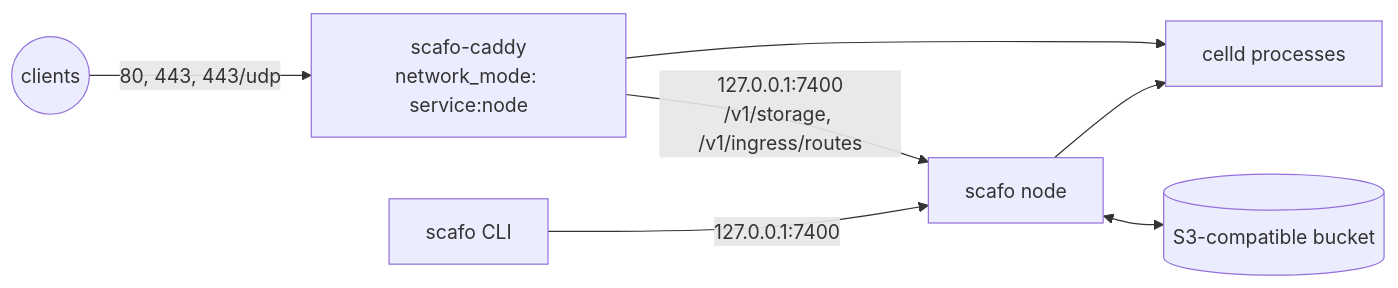
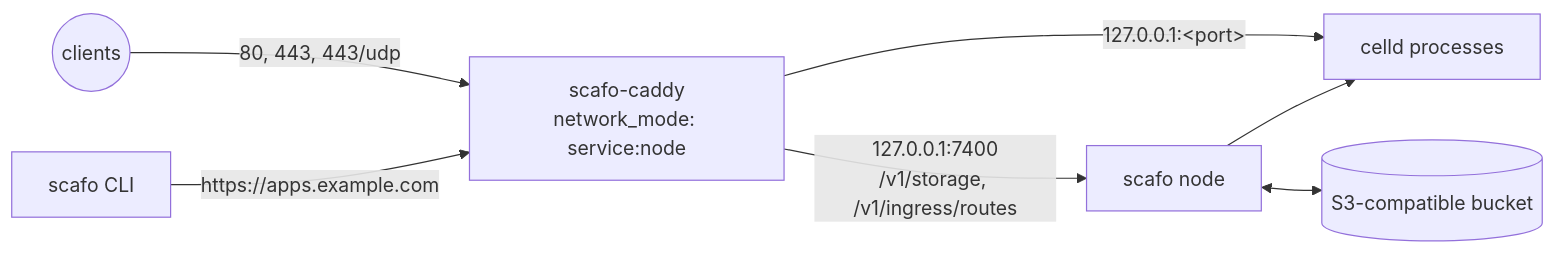
One commit to sandros94/scafo-docs changed the diagram in 3.deploy/1.compose.md. Above: the diagram before and after it, drawn with Mermaid. The commit also changed other lines of this file and 7 other files, not shown here.

````diff
--- a/3.deploy/1.compose.md
+++ b/3.deploy/1.compose.md
@@ -11,9 +11,9 @@
 ```mermaid
 flowchart LR
   U((clients)) -->|"80, 443, 443/udp"| C["scafo-caddy<br/>network_mode: service:node"]
+  CLI["scafo CLI"] -->|"https://apps.example.com"| C
   C -->|"127.0.0.1:7400<br/>/v1/storage, /v1/ingress/routes"| N["scafo node"]
-  C --> P["celld processes"]
+  C -->|"127.0.0.1:&lt;port&gt;"| P["celld processes"]
   N --> P
   N <--> S3[("S3-compatible bucket")]
-  OP["scafo CLI"] -->|"127.0.0.1:7400"| N
 ```
````
